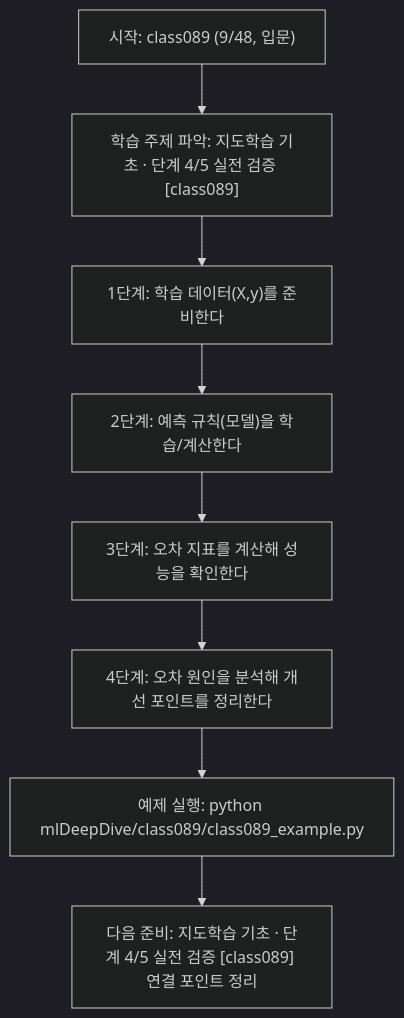
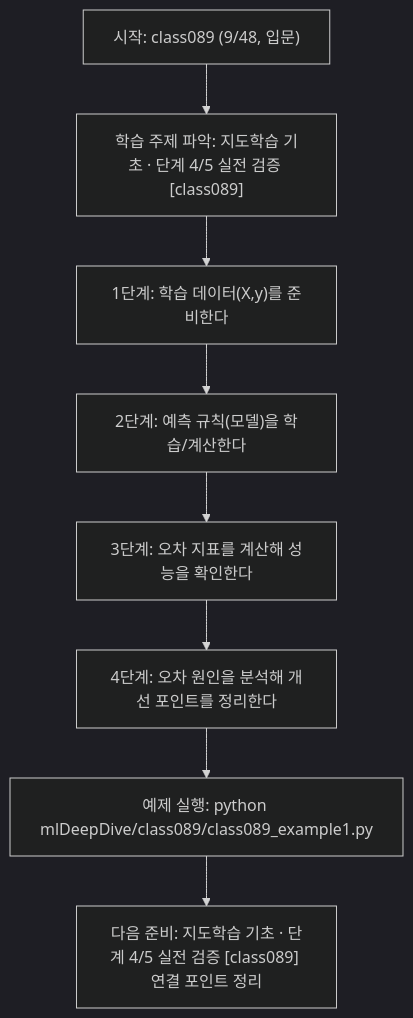
One commit to edumgt/Python-AI_Agent-Class changed the diagram in mlDeepDive/class089/class089.md. Above: the diagram before and after it, drawn with Mermaid (dark theme). The commit also changed other lines of this file and 2959 other files, not shown here.

````diff
--- a/mlDeepDive/class089/class089.md
+++ b/mlDeepDive/class089/class089.md
@@ -109,18 +109,18 @@
 ```mermaid
 flowchart TD
 N1["시작: class089 (9/48, 입문)"]
 N2["학습 주제 파악: 지도학습 기초 · 단계 4/5 실전 검증 [class089]"]
 N3["1단계: 학습 데이터(X,y)를 준비한다"]
 N4["2단계: 예측 규칙(모델)을 학습/계산한다"]
 N5["3단계: 오차 지표를 계산해 성능을 확인한다"]
 N6["4단계: 오차 원인을 분석해 개선 포인트를 정리한다"]
-N7["예제 실행: python mlDeepDive/class089/class089_example.py"]
+N7["예제 실행: python mlDeepDive/class089/class089_example1.py"]
 N8["다음 준비: 지도학습 기초 · 단계 4/5 실전 검증 [class089] 연결 포인트 정리"]
 N1 --> N2
 N2 --> N3
 N3 --> N4
 N4 --> N5
 N5 --> N6
 N6 --> N7
 N7 --> N8
 ```
````
